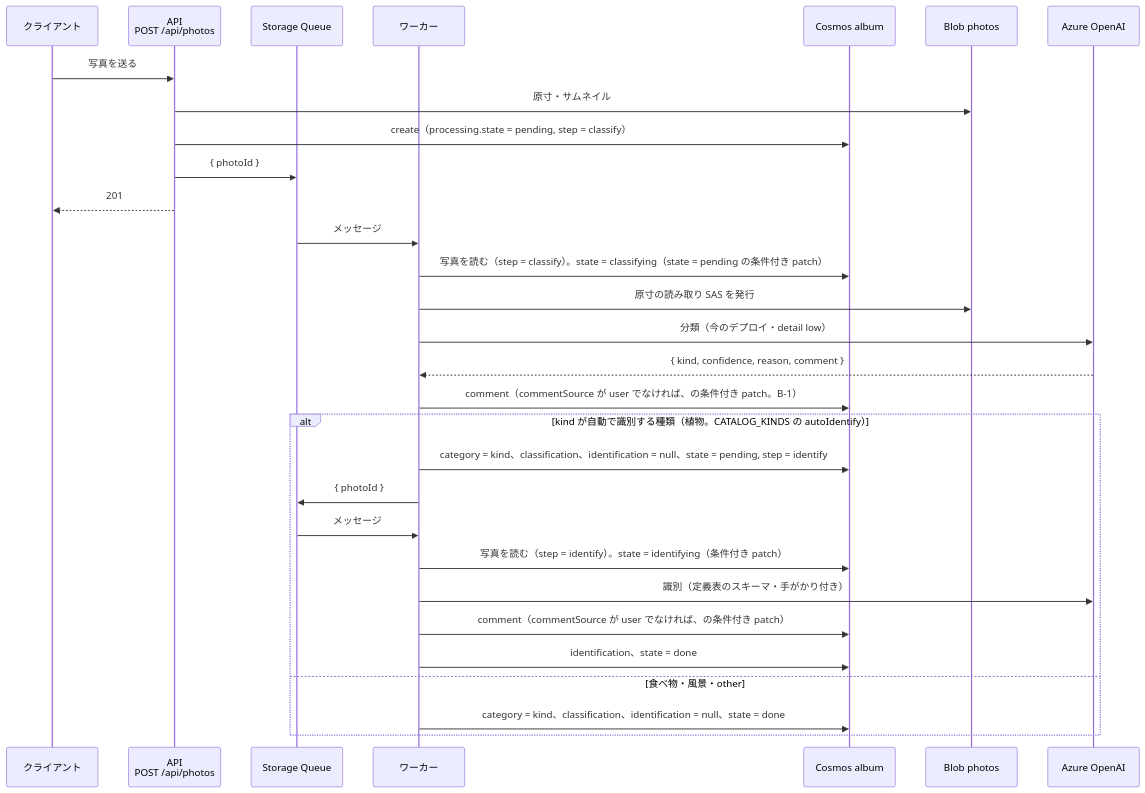
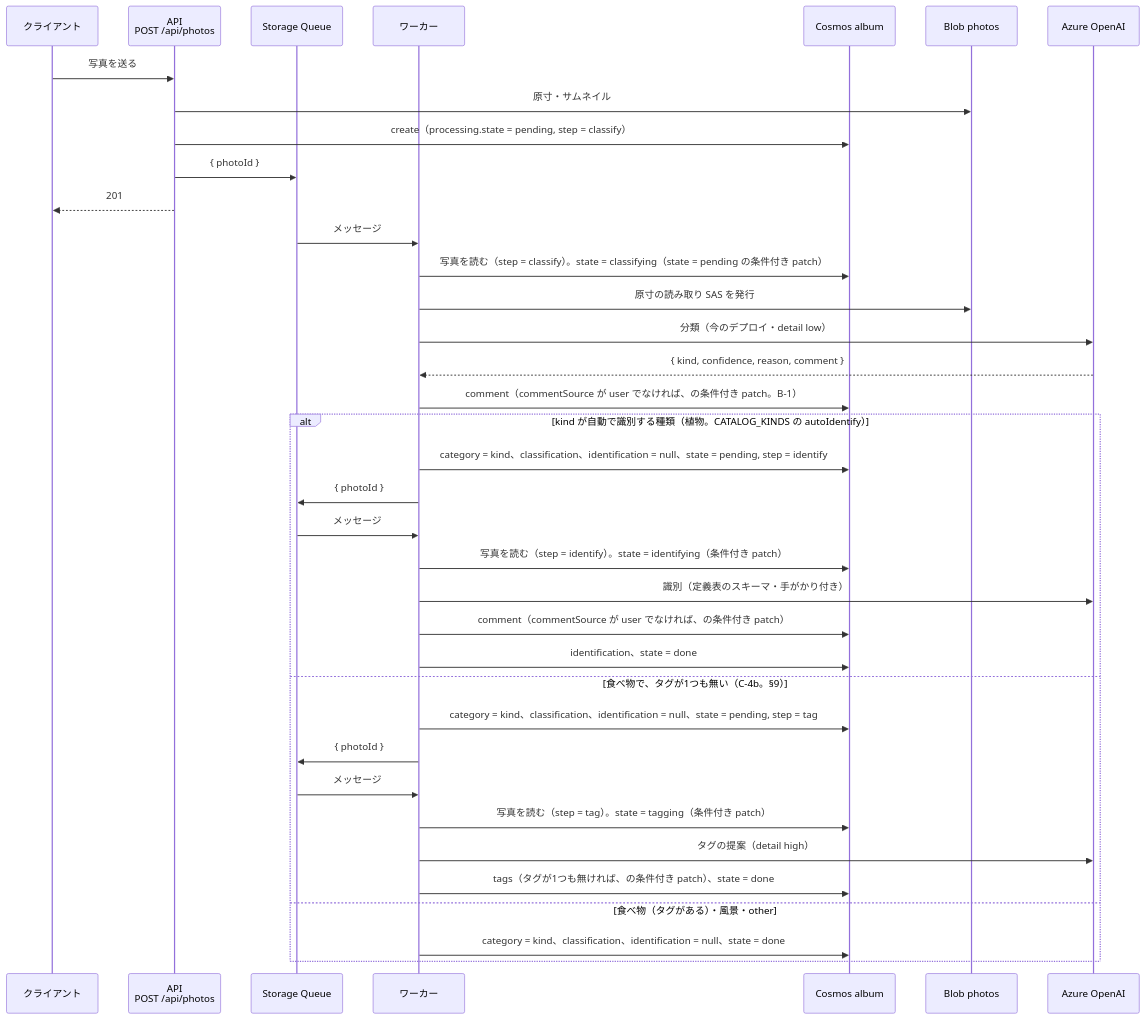
One commit to nmasashi/snaplant changed the diagram in docs/06_processing_design.md. Above: the diagram before and after it, drawn with Mermaid. The commit also changed other lines of this file and 7 other files, not shown here.

Commit message:
03・04・05・06・07・08・09・api/README: タグの提案（C-4b）の状態・条件・AI に送るもの・手での確認を書き（contract-auditor）、上限での done・通らない皿だけを捨てる・手で食べ物にした写真を除くことに合わせる

````diff
--- a/docs/06_processing_design.md
+++ b/docs/06_processing_design.md
@@ -46,34 +46,41 @@
 ```mermaid
 sequenceDiagram
     participant C as クライアント
     participant H as API<br/>POST /api/photos
     participant Q as Storage Queue
     participant W as ワーカー
     participant DB as Cosmos album
     participant B as Blob photos
     participant AI as Azure OpenAI
 
     C->>H: 写真を送る
     H->>B: 原寸・サムネイル
     H->>DB: create（processing.state = pending, step = classify）
     H->>Q: { photoId }
     H-->>C: 201
 
     Q->>W: メッセージ
     W->>DB: 写真を読む（step = classify）。state = classifying（state = pending の条件付き patch）
     W->>B: 原寸の読み取り SAS を発行
     W->>AI: 分類（今のデプロイ・detail low）
     AI-->>W: { kind, confidence, reason, comment }
     W->>DB: comment（commentSource が user でなければ、の条件付き patch。B-1）
     alt kind が自動で識別する種類（植物。CATALOG_KINDS の autoIdentify）
         W->>DB: category = kind、classification、identification = null、state = pending, step = identify
         W->>Q: { photoId }
         Q->>W: メッセージ
         W->>DB: 写真を読む（step = identify）。state = identifying（条件付き patch）
         W->>AI: 識別（定義表のスキーマ・手がかり付き）
         W->>DB: comment（commentSource が user でなければ、の条件付き patch）
         W->>DB: identification、state = done
-    else 食べ物・風景・other
+    else 食べ物で、タグが1つも無い（C-4b。§9）
+        W->>DB: category = kind、classification、identification = null、state = pending, step = tag
+        W->>Q: { photoId }
+        Q->>W: メッセージ
+        W->>DB: 写真を読む（step = tag）。state = tagging（条件付き patch）
+        W->>AI: タグの提案（detail high）
+        W->>DB: tags（タグが1つも無ければ、の条件付き patch）、state = done
+    else 食べ物（タグがある）・風景・other
         W->>DB: category = kind、classification、identification = null、state = done
     end
 ```
````
